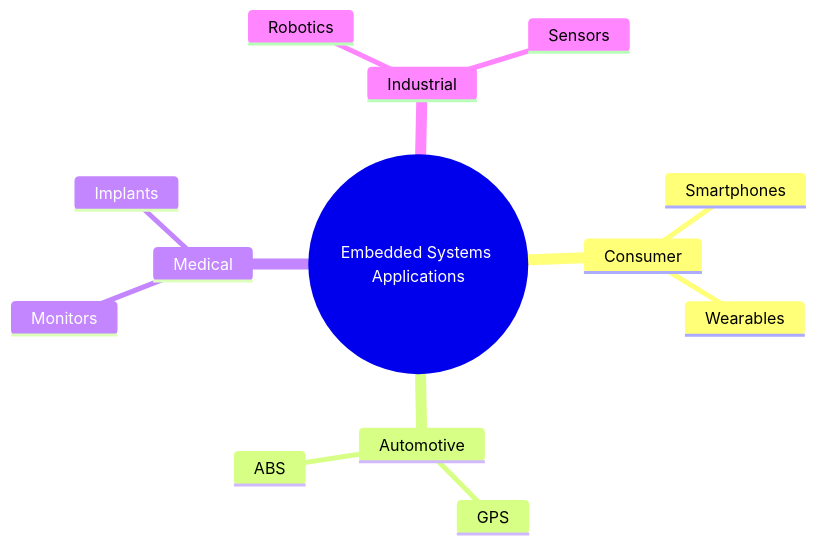
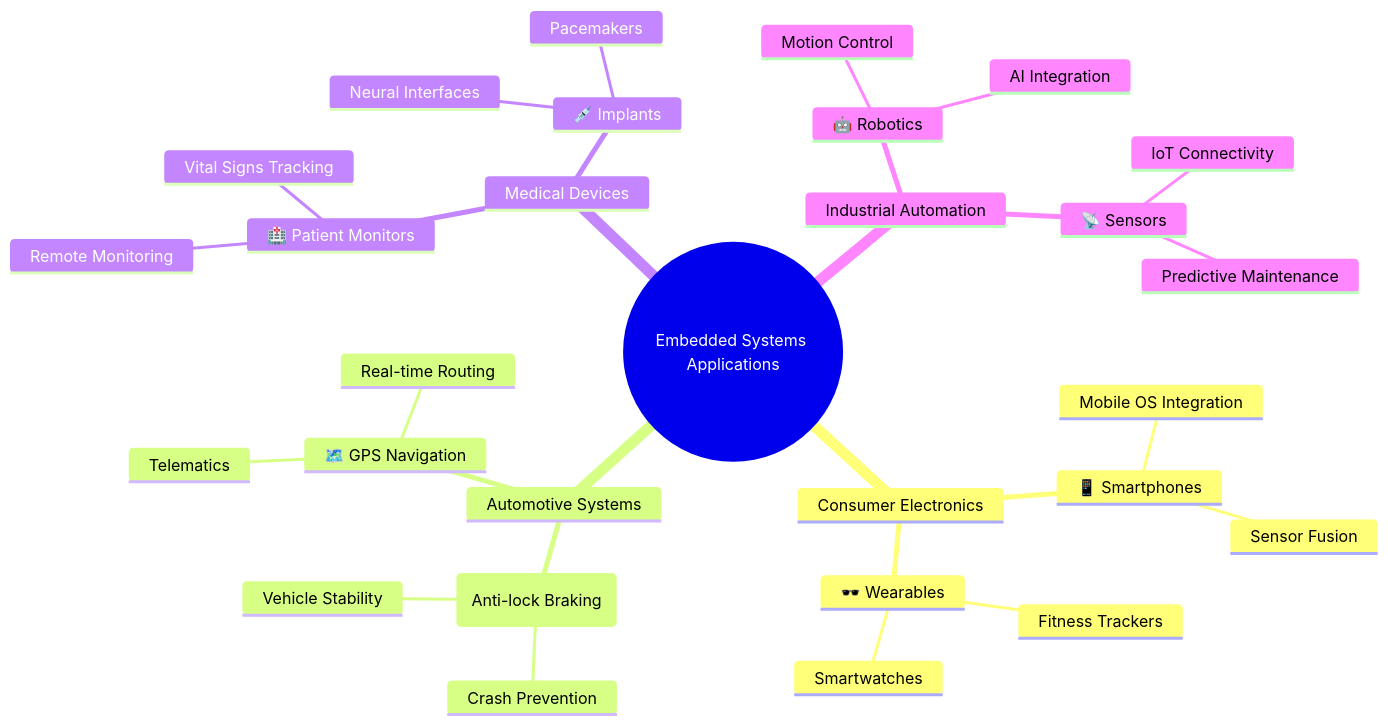
One commit to kcodedev/mkdocs changed the diagram in docs/IG/3-hardware/computer-architecture/embedded-systems.md. Above: the diagram before and after it, drawn with Mermaid.

Commit message:
Mind Map embedded sytems

````diff
--- a/docs/IG/3-hardware/computer-architecture/embedded-systems.md
+++ b/docs/IG/3-hardware/computer-architecture/embedded-systems.md
@@ -25,16 +25,32 @@
 ```mermaid
 mindmap
   root((Embedded Systems Applications))
-    Consumer
-      Smartphones
-      Wearables
-    Automotive
-      ABS
-      GPS
-    Medical
-      Monitors
-      Implants
-    Industrial
-      Robotics
-      Sensors
+    Consumer Electronics
+      📱 Smartphones
+        Mobile OS Integration
+        Sensor Fusion
+      🕶️ Wearables
+        Smartwatches
+        Fitness Trackers
+    Automotive Systems
+      🛡️ ABS (Anti-lock Braking)
+        Crash Prevention
+        Vehicle Stability
+      🗺️ GPS Navigation
+        Real-time Routing
+        Telematics
+    Medical Devices
+      🏥 Patient Monitors
+        Vital Signs Tracking
+        Remote Monitoring
+      💉 Implants
+        Pacemakers
+        Neural Interfaces
+    Industrial Automation
+      🤖 Robotics
+        Motion Control
+        AI Integration
+      📡 Sensors
+        IoT Connectivity
+        Predictive Maintenance
 ```
````
